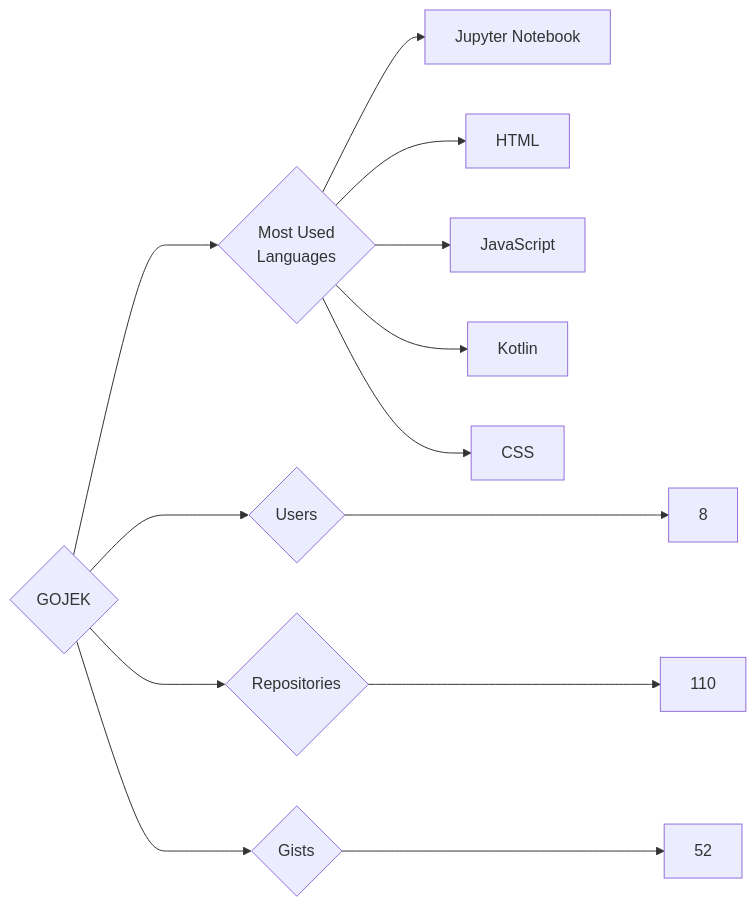
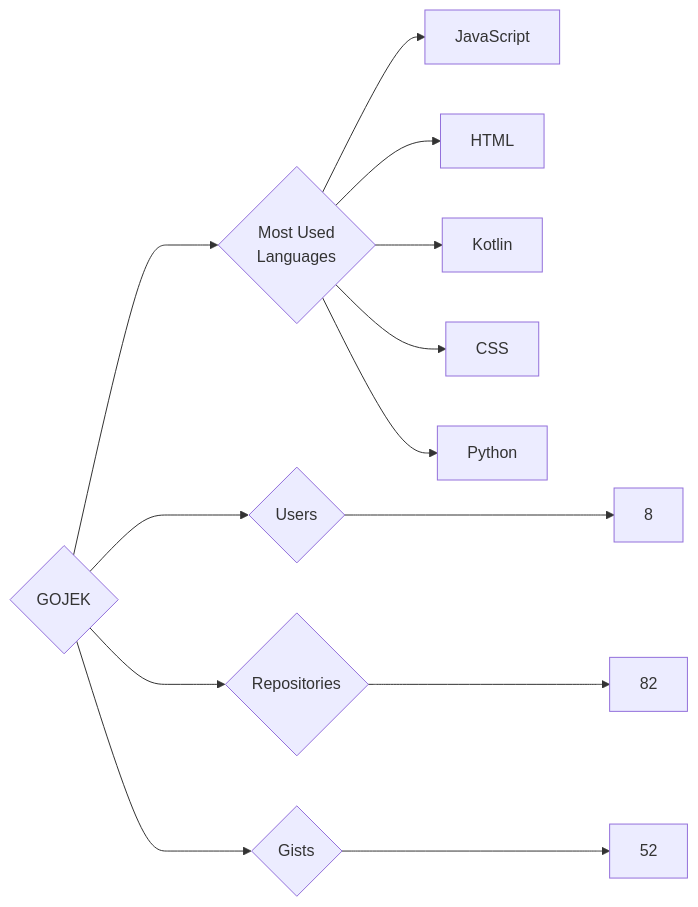
The diagram in targets/GOJEK/README.md (trickest/insiders), drawn with Mermaid before and after one commit. The commit also changed 1088 other files, not shown here.

````diff
--- a/targets/GOJEK/README.md
+++ b/targets/GOJEK/README.md
@@ -3,13 +3,13 @@
 ```mermaid
 graph LR
 COMPANY_NAME{GOJEK}
 COMPANY_NAME ---> U{Users} ---> UN[8]
-COMPANY_NAME ---> R{Repositories} ---> RN[110]
+COMPANY_NAME ---> R{Repositories} ---> RN[82]
 COMPANY_NAME ---> G{Gists} ---> GN[52]
 COMPANY_NAME ---> ML{Most Used<br>Languages}
-ML --> Jupyter_Notebook[Jupyter Notebook]
+ML --> JavaScript[JavaScript]
 ML --> HTML[HTML]
-ML --> JavaScript[JavaScript]
 ML --> Kotlin[Kotlin]
 ML --> CSS[CSS]
+ML --> Python[Python]
 ```
````
